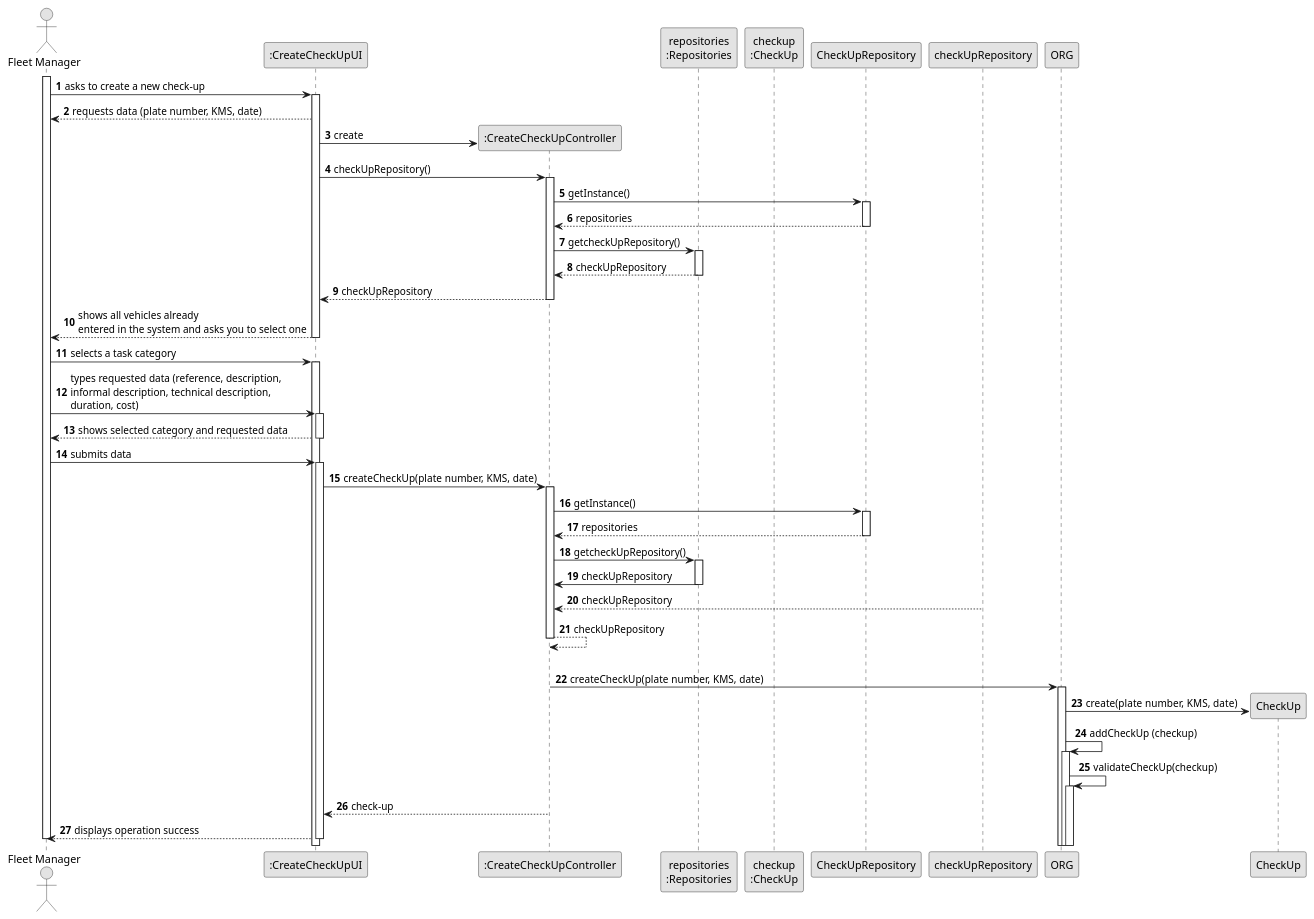
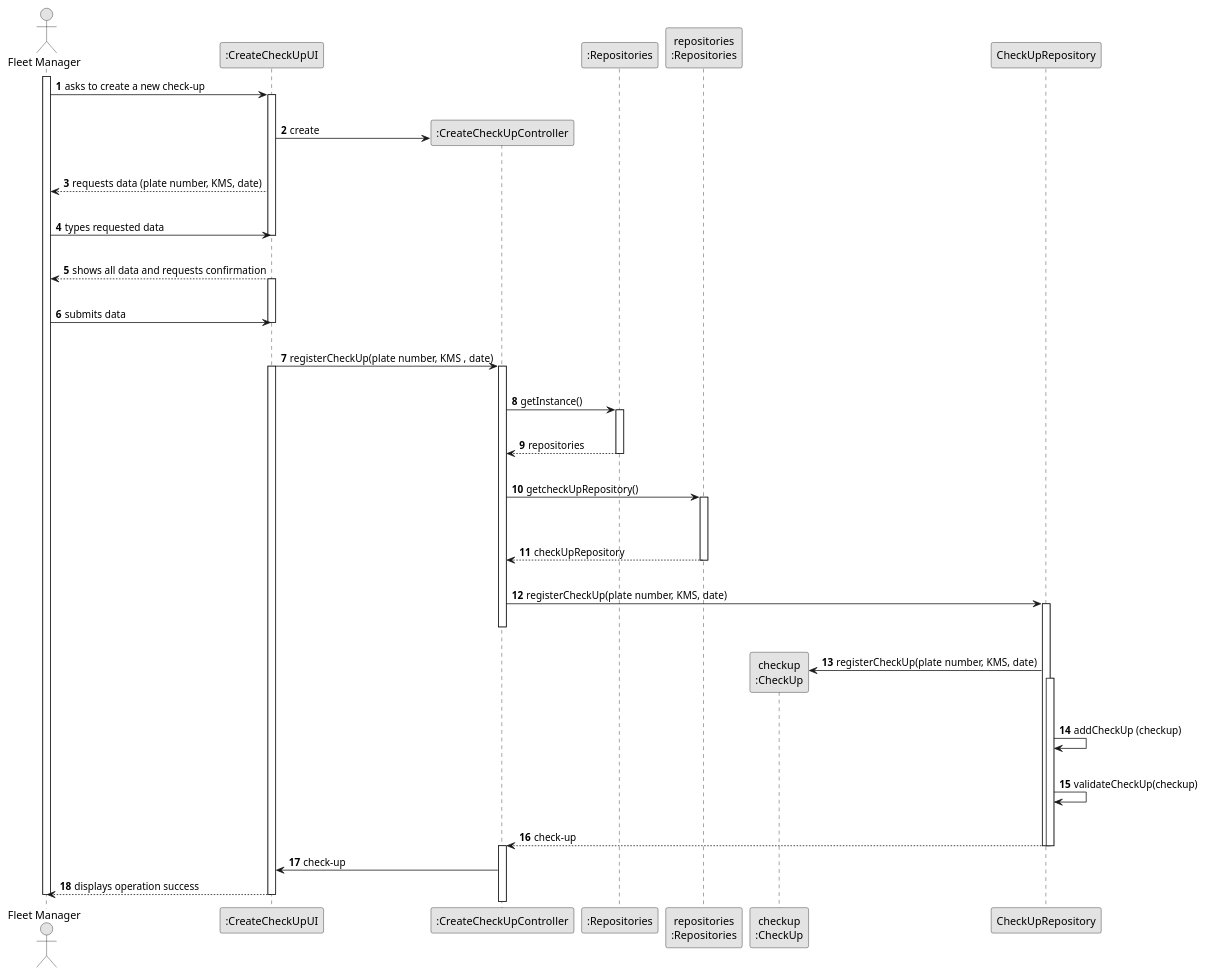
Before and after one commit to daniel41silva05/ISEP_2023_2024_LAPR2: the diagram in docs/sprintA&B/us007/03.design/puml/us007-sequence-diagram-full.puml, drawn with PlantUML. The commit also changed 14 other files, not shown here.

Commit message:
ED-21 Update US007 sequence diagram

```diff
--- a/docs/sprintA&B/us007/03.design/puml/us007-sequence-diagram-full.puml
+++ b/docs/sprintA&B/us007/03.design/puml/us007-sequence-diagram-full.puml
@@ -1,105 +1,100 @@
 @startuml
 skinparam monochrome true
 skinparam packageStyle rectangle
 skinparam shadowing false
 
 autonumber
 
 'hide footbox
 actor "Fleet Manager" as FM
 participant ":CreateCheckUpUI" as UI
 participant ":CreateCheckUpController" as CTRL
-participant "repositories\n:Repositories" as PLAT
+participant ":Repositories" as REP
+participant "repositories\n:Repositories" as REPS
 participant "checkup\n:CheckUp" as CHECKUP
 participant "CheckUpRepository" as CHECKUPS
 
 activate FM
 
         FM -> UI : asks to create a new check-up
+            |||
 
         activate UI
 
-            UI --> FM : requests data (plate number, KMS, date)
             create CTRL
             UI -> CTRL** : create
+            |||
 
-            UI -> CTRL : checkUpRepository()
+            UI --> FM : requests data (plate number, KMS, date)
+            |||
+
+
+    FM -> UI : types requested data
+            |||
+
+        deactivate UI
+
+            UI --> FM : shows all data and requests confirmation
+            |||
+
+            activate UI
+    FM -> UI : submits data
+            deactivate UI
+            |||
+
+            UI -> CTRL : registerCheckUp(plate number, KMS , date)
             activate CTRL
+            activate UI
+            |||
 
-                CTRL -> CHECKUPS : getInstance()
-                activate CHECKUPS
+                CTRL -> REP : getInstance()
+                activate REP
+            |||
 
-                    CHECKUPS --> CTRL: repositories
+                    REP --> CTRL: repositories
                 deactivate CHECKUPS
+            |||
 
-                CTRL -> PLAT : getcheckUpRepository()
-                activate PLAT
+                deactivate REP
+                CTRL -> REPS : getcheckUpRepository()
+            |||
 
-                    PLAT --> CTRL: checkUpRepository
-                deactivate PLAT
+                activate REPS
+            |||
+
+                    REPS --> CTRL: checkUpRepository
+                deactivate REPS
 
 '
-                CTRL --> UI : checkUpRepository
-            deactivate CTRL
-
-            UI --> FM : shows all vehicles already \nentered in the system and asks you to select one
-        deactivate UI
-
-    FM -> UI : selects a task category
-    activate UI
-
-
-    FM -> UI : types requested data (reference, description, \ninformal description, technical description,\nduration, cost)
-    activate UI
-
-        UI --> FM : shows selected category and requested data
-    deactivate UI
-
-    FM -> UI : submits data
-    activate UI
-
-        UI -> CTRL : createCheckUp(plate number, KMS, date)
-        activate CTRL
-
-
-                CTRL -> CHECKUPS : getInstance()
-                activate CHECKUPS
-
-                    CHECKUPS --> CTRL: repositories
-                deactivate CHECKUPS
-
-                CTRL -> PLAT : getcheckUpRepository()
-                activate PLAT
-
-                    PLAT -> CTRL : checkUpRepository
-                deactivate PLAT
-
-
-                    checkUpRepository --> CTRL : checkUpRepository
-                deactivate checkUpRepository
-                    CTRL --> CTRL : checkUpRepository
-            deactivate CTRL
-
 
 
             |||
-            CTRL -> ORG: createCheckUp(plate number, KMS, date)
-            activate ORG
 
-                ORG -> CheckUp**: create(plate number, KMS, date)
-                ORG -> ORG: addCheckUp (checkup)
+        CTRL -> CHECKUPS : registerCheckUp(plate number, KMS, date)
+        activate CHECKUPS
+            deactivate CTRL
+
+            |||
+            CHECKUPS -> CHECKUP**: registerCheckUp(plate number, KMS, date)
+            activate CHECKUPS
+            |||
+
+                CHECKUPS -> CHECKUPS: addCheckUp (checkup)
+            |||
 
 
-                activate ORG
-                    ORG -> ORG: validateCheckUp(checkup)
-                    activate ORG
+                    CHECKUPS -> CHECKUPS: validateCheckUp(checkup)
 
+            |||
 
-            CTRL --> UI: check-up
-            deactivate CTRL
+            CHECKUPS --> CTRL: check-up
+        deactivate CHECKUPS
+        activate CTRL
+
+            CTRL -> UI : check-up
             UI --> FM: displays operation success
     deactivate UI
 
 deactivate FM
 
 @enduml
```
